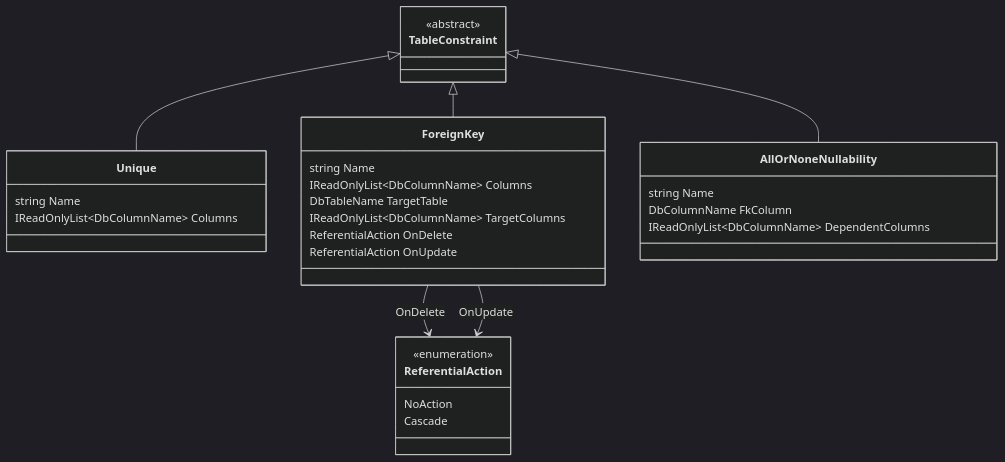
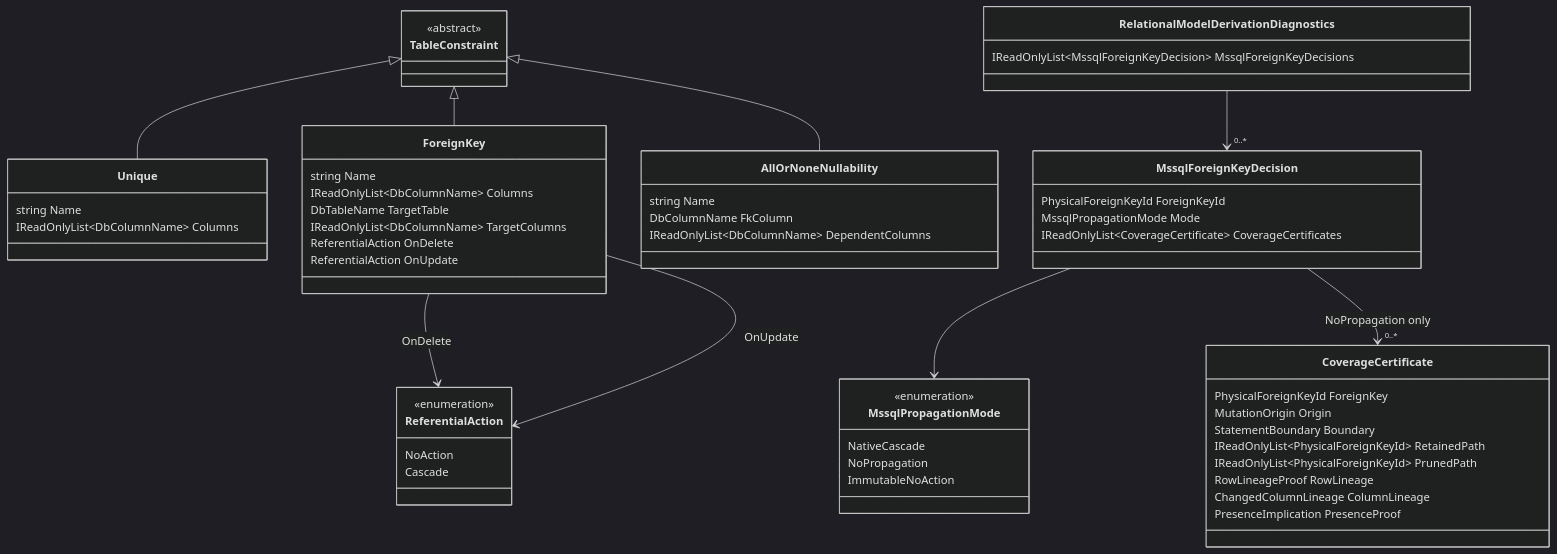
Before and after one commit to Ed-Fi-Alliance-OSS/Data-Management-Service: the fifth of 16 diagrams in reference/design/backend-redesign/presentations/relational-model-presentation.md, drawn with Mermaid (dark theme). The commit also changed other lines of this file and 18 other files, not shown here.

````diff
--- a/reference/design/backend-redesign/presentations/relational-model-presentation.md
+++ b/reference/design/backend-redesign/presentations/relational-model-presentation.md
@@ -221,38 +243,69 @@
 ```mermaid
 classDiagram
     class TableConstraint {
         <<abstract>>
     }
 
     class Unique {
         string Name
         IReadOnlyList~DbColumnName~ Columns
     }
 
     class ForeignKey {
         string Name
         IReadOnlyList~DbColumnName~ Columns
         DbTableName TargetTable
         IReadOnlyList~DbColumnName~ TargetColumns
         ReferentialAction OnDelete
         ReferentialAction OnUpdate
     }
 
     class AllOrNoneNullability {
         string Name
         DbColumnName FkColumn
         IReadOnlyList~DbColumnName~ DependentColumns
     }
 
     class ReferentialAction {
         <<enumeration>>
         NoAction
         Cascade
     }
 
+    class MssqlPropagationMode {
+        <<enumeration>>
+        NativeCascade
+        NoPropagation
+        ImmutableNoAction
+    }
+
+    class RelationalModelDerivationDiagnostics {
+        IReadOnlyList~MssqlForeignKeyDecision~ MssqlForeignKeyDecisions
+    }
+
+    class MssqlForeignKeyDecision {
+        PhysicalForeignKeyId ForeignKeyId
+        MssqlPropagationMode Mode
+        IReadOnlyList~CoverageCertificate~ CoverageCertificates
+    }
+
+    class CoverageCertificate {
+        PhysicalForeignKeyId ForeignKey
+        MutationOrigin Origin
+        StatementBoundary Boundary
+        IReadOnlyList~PhysicalForeignKeyId~ RetainedPath
+        IReadOnlyList~PhysicalForeignKeyId~ PrunedPath
+        RowLineageProof RowLineage
+        ChangedColumnLineage ColumnLineage
+        PresenceImplication PresenceProof
+    }
+
     TableConstraint <|-- Unique
     TableConstraint <|-- ForeignKey
     TableConstraint <|-- AllOrNoneNullability
     ForeignKey --> ReferentialAction : OnDelete
     ForeignKey --> ReferentialAction : OnUpdate
+    RelationalModelDerivationDiagnostics --> "0..*" MssqlForeignKeyDecision
+    MssqlForeignKeyDecision --> MssqlPropagationMode
+    MssqlForeignKeyDecision --> "0..*" CoverageCertificate : NoPropagation only
 ```
````
